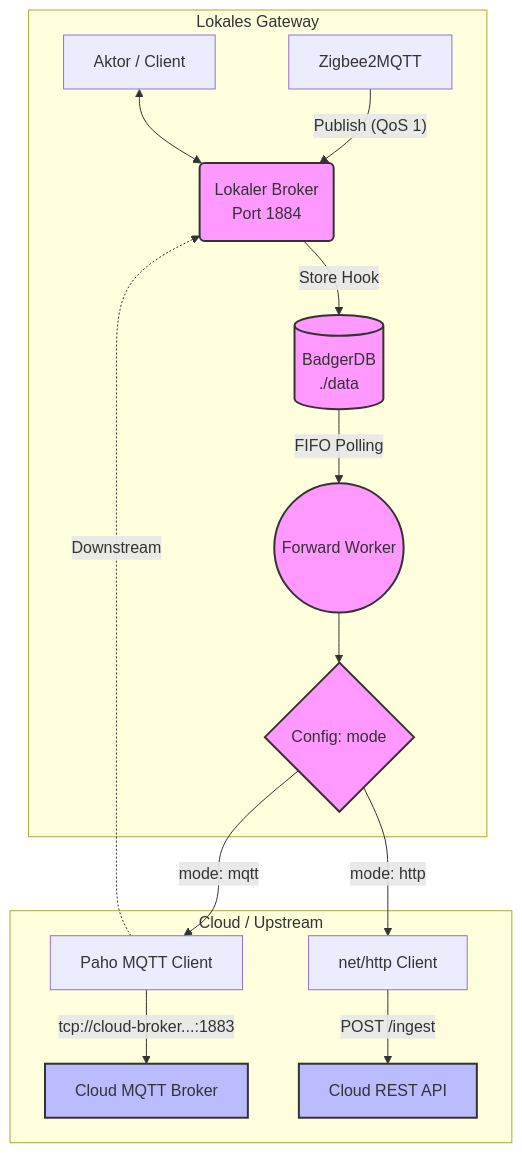
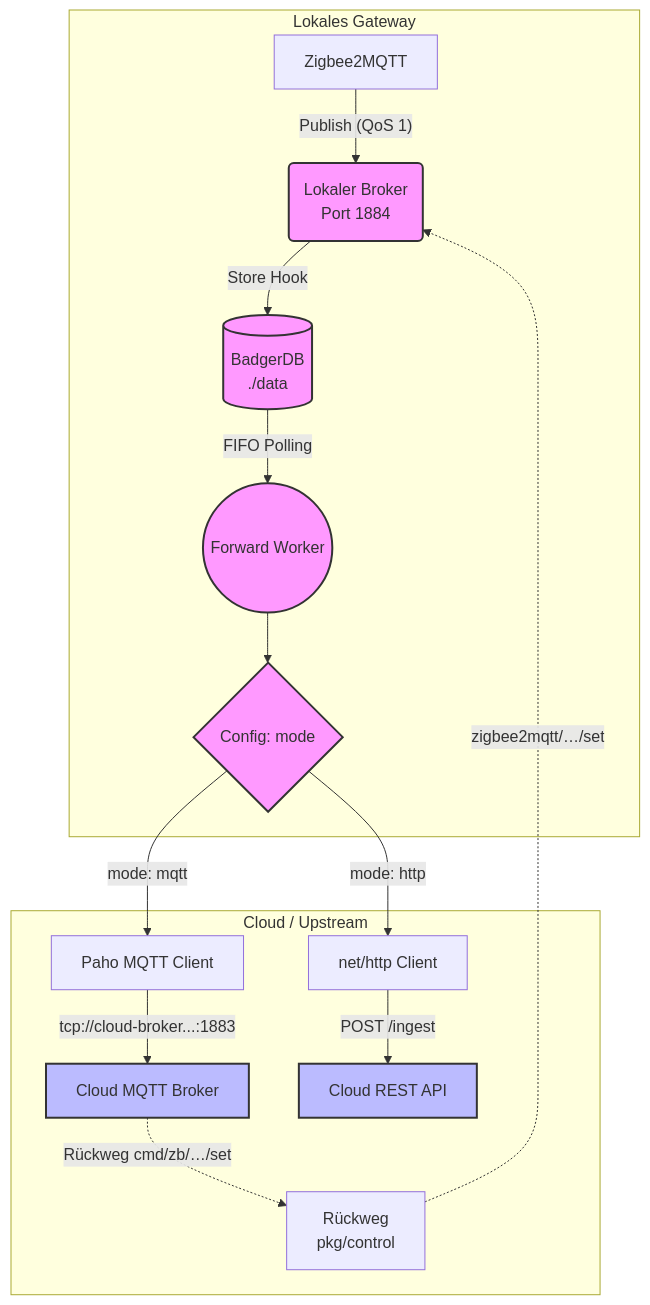
Before and after one commit to mlechner911/mlc2afmqttproxy: the diagram in docs/configuration.md, drawn with Mermaid. The commit also changed other lines of this file and 10 other files, not shown here.

````diff
--- a/docs/configuration.md
+++ b/docs/configuration.md
@@ -169,24 +198,24 @@
 ```mermaid
 graph TD
     subgraph Lokales Gateway
         Z[Zigbee2MQTT] -- "Publish (QoS 1)" --> M(Lokaler Broker\nPort 1884)
-        A[Aktor / Client] <--> M
         M -- "Store Hook" --> DB[(BadgerDB\n./data)]
         DB -- "FIFO Polling" --> W((Forward Worker))
         W --> C{Config: mode}
     end
 
     subgraph Cloud / Upstream
         C -- "mode: mqtt" --> F_MQTT[Paho MQTT Client]
-        F_MQTT -. "Downstream" .-> M
+        CB -. "Rückweg cmd/zb/…/set" .-> CTL[Rückweg\npkg/control]
+        CTL -. "zigbee2mqtt/…/set" .-> M
         F_MQTT -- "tcp://cloud-broker...:1883" --> CB[Cloud MQTT Broker]
         
         C -- "mode: http" --> F_HTTP[net/http Client]
         F_HTTP -- "POST /ingest" --> API[Cloud REST API]
     end
     
     classDef internal fill:#f9f,stroke:#333,stroke-width:2px;
     classDef external fill:#bbf,stroke:#333,stroke-width:2px;
     class M,DB,W,C internal;
     class CB,API external;
 ```
````
